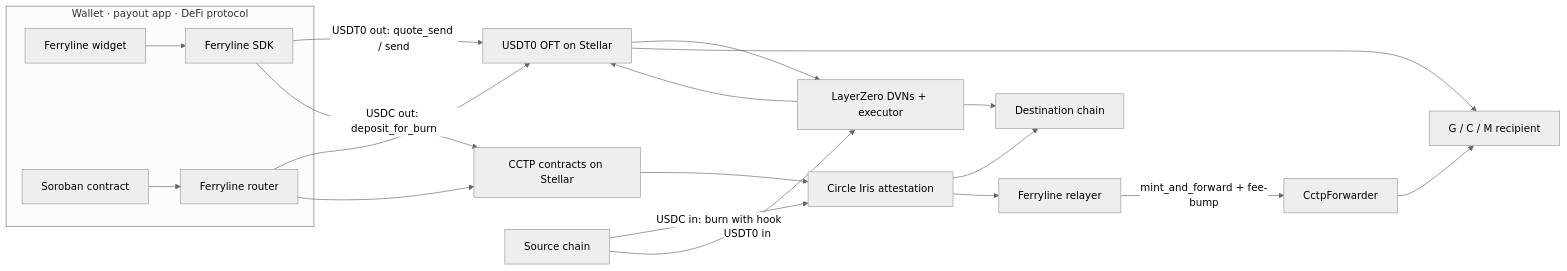
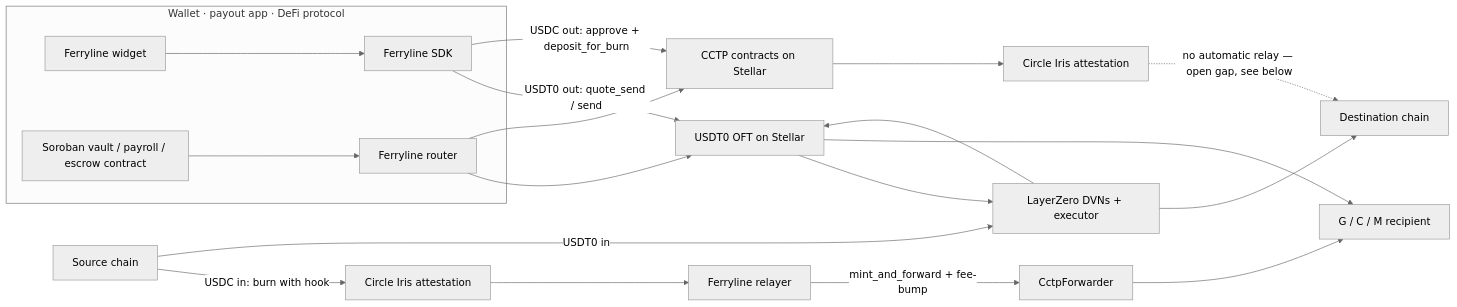
The diagram in README.md (ferryline-labs/ferryline), drawn with Mermaid (neutral theme) before and after one commit. The commit also changed other lines of this file, not shown here.

````diff
--- a/README.md
+++ b/README.md
@@ -26,16 +167,17 @@
 ```mermaid
 flowchart LR
   subgraph App["Wallet · payout app · DeFi protocol"]
     W["Ferryline widget"] --> S["Ferryline SDK"]
-    C["Soroban contract"] --> R["Ferryline router"]
+    C["Soroban vault / payroll / escrow contract"] --> R["Ferryline router"]
   end
   S -->|"USDT0 out: quote_send / send"| OFT["USDT0 OFT on Stellar"]
   R --> OFT
-  S -->|"USDC out: deposit_for_burn"| TM["CCTP contracts on Stellar"]
+  S -->|"USDC out: approve + deposit_for_burn"| TM["CCTP contracts on Stellar"]
   R --> TM
   OFT --> LZ["LayerZero DVNs + executor"] --> DST["Destination chain"]
-  TM --> IRIS["Circle Iris attestation"] --> DST
-  SRC["Source chain"] -->|"USDC in: burn with hook"| IRIS
-  IRIS --> RL["Ferryline relayer"] -->|"mint_and_forward + fee-bump"| FWD["CctpForwarder"] --> U["G / C / M recipient"]
+  TM --> IRIS["Circle Iris attestation"]
+  IRIS -.->|"no automatic relay — open gap, see below"| DST
+  SRC["Source chain"] -->|"USDC in: burn with hook"| IRIS2["Circle Iris attestation"]
+  IRIS2 --> RL["Ferryline relayer"] -->|"mint_and_forward + fee-bump"| FWD["CctpForwarder"] --> U["G / C / M recipient"]
   SRC -->|"USDT0 in"| LZ --> OFT --> U
 ```
````
